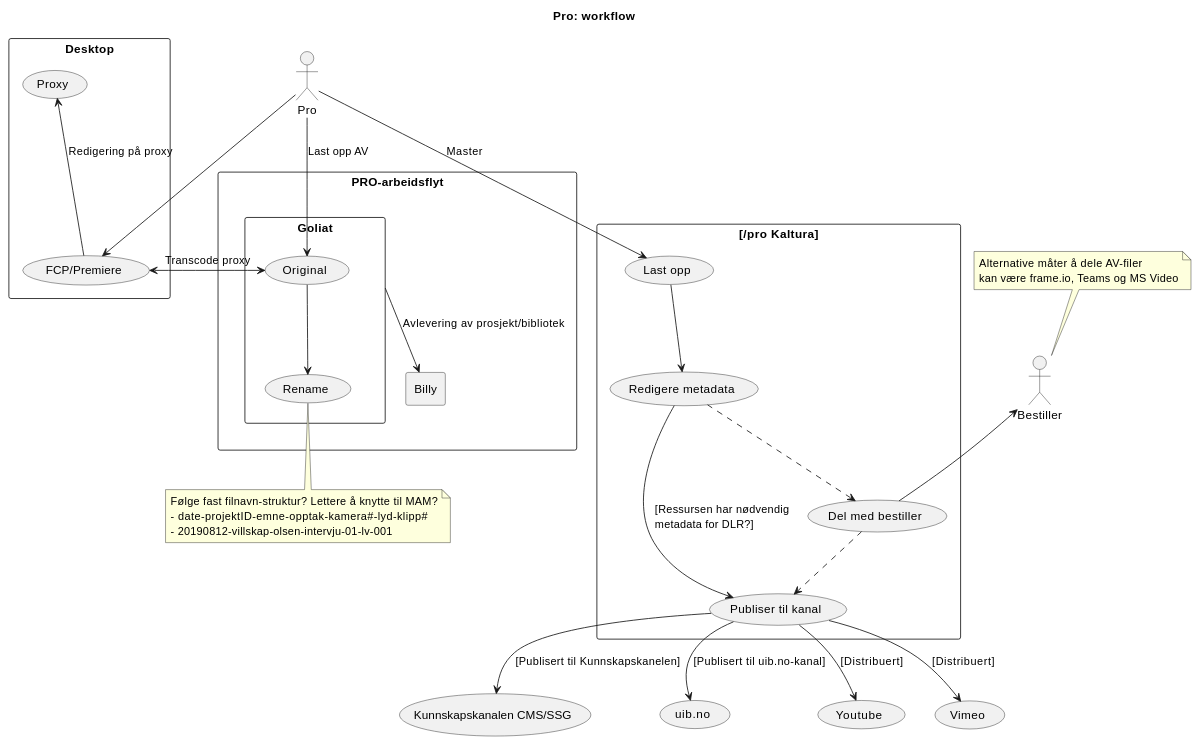
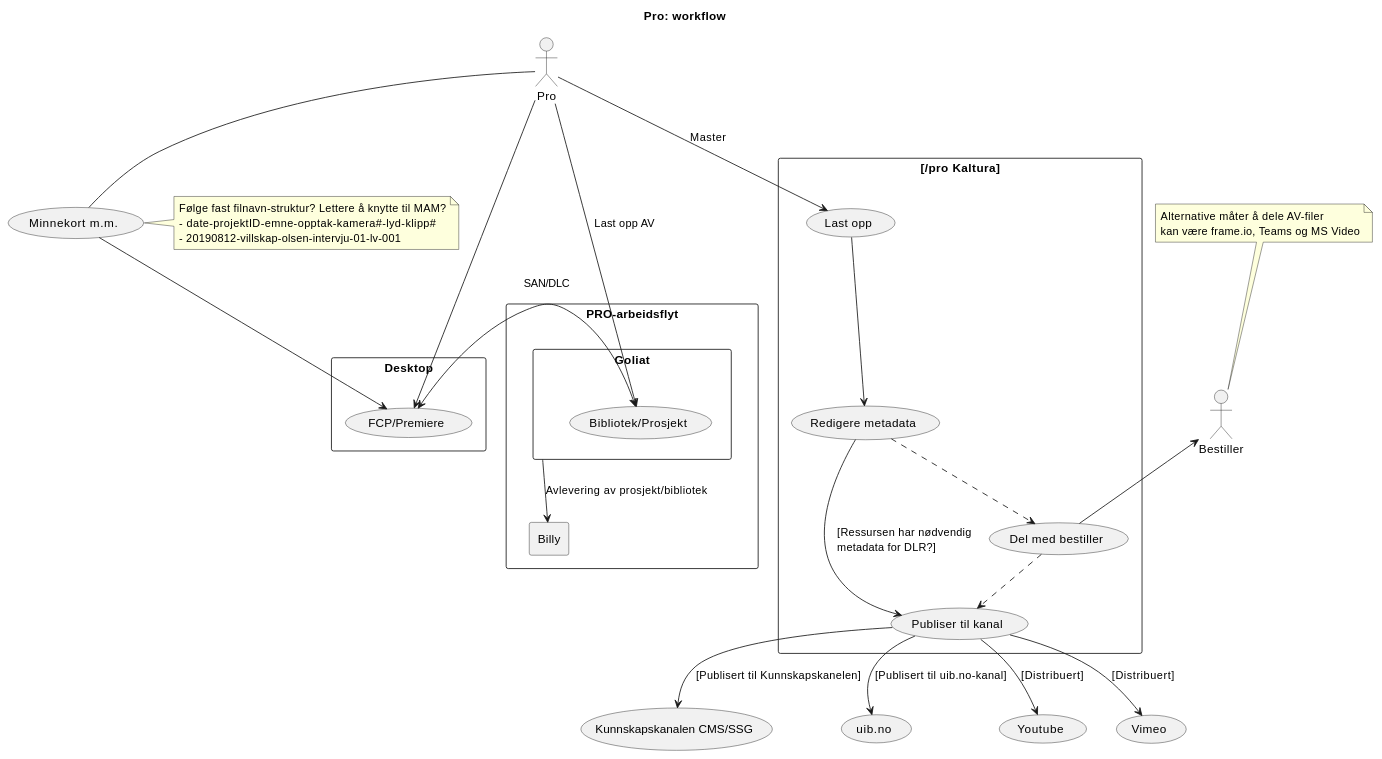
The diagram in src/docs/pro-workflow.md (tarjelavik/mam-dlr-architecture), drawn with PlantUML before and after one commit. The commit also changed 4 other files, not shown here.

Commit message:
Legger til noen aktivitetsdiagram

````diff
--- a/src/docs/pro-workflow.md
+++ b/src/docs/pro-workflow.md
@@ -10,65 +10,66 @@
 ```plantuml 
 @startuml
 
 title Pro: workflow
 
 rectangle Desktop {
-    (FCP/Premiere)
-    (Proxy)
+    (FCP/Premiere) as application
 }
 
 rectangle "PRO-arbeidsflyt" as prowf {
     rectangle Goliat {
-        (Original)
-        (Rename)
+        (Bibliotek/Prosjekt) as project
     }
 
     rectangle Billy {
 
     }
 }
 
 rectangle "[[/pro Kaltura]]" {
     (Last opp)
     (Redigere metadata) as metadata
     (Del med bestiller)
     (Publiser til kanal) as channel
 }
 
 :Pro:
 :Bestiller:
 
+(Minnekort m.m.) as source
+
+Pro -- source
+source --> application
+
 Bestiller <-- (Del med bestiller)
 
-Pro --> Original : "Last opp AV"
-Original --> Rename
+Pro --> project : "Last opp AV"
 
-Pro --> (FCP/Premiere)
-Proxy <-- (FCP/Premiere) : "Redigering på proxy"
-(FCP/Premiere) <-> Original : "Transcode proxy"
+Pro --> application
+application <-> project : "SAN/DLC"
 
 Goliat --> Billy : Avlevering av prosjekt/bibliotek
 
 Pro --> (Last opp) : Master
 (Last opp) --> metadata
 metadata ..> (Del med bestiller)
 (Del med bestiller) ..> channel
 metadata --> channel : "[Ressursen har nødvendig \lmetadata for DLR?]"
 
 channel --> (Kunnskapskanalen CMS/SSG) : "[Publisert til Kunnskapskanelen]"
 channel --> (uib.no) : "[Publisert til uib.no-kanal]"
 channel --> (Youtube) : "[Distribuert]"
 channel --> (Vimeo) : "[Distribuert]"
 
-note bottom of Rename
+note right of source
     Følge fast filnavn-struktur? Lettere å knytte til MAM?
     - date-projektID-emne-opptak-kamera#-lyd-klipp#
     - 20190812-villskap-olsen-intervju-01-lv-001
 end note
 
 note top of Bestiller 
     Alternative måter å dele AV-filer
     kan være frame.io, Teams og MS Video
 end note
 @enduml
 ```
````
